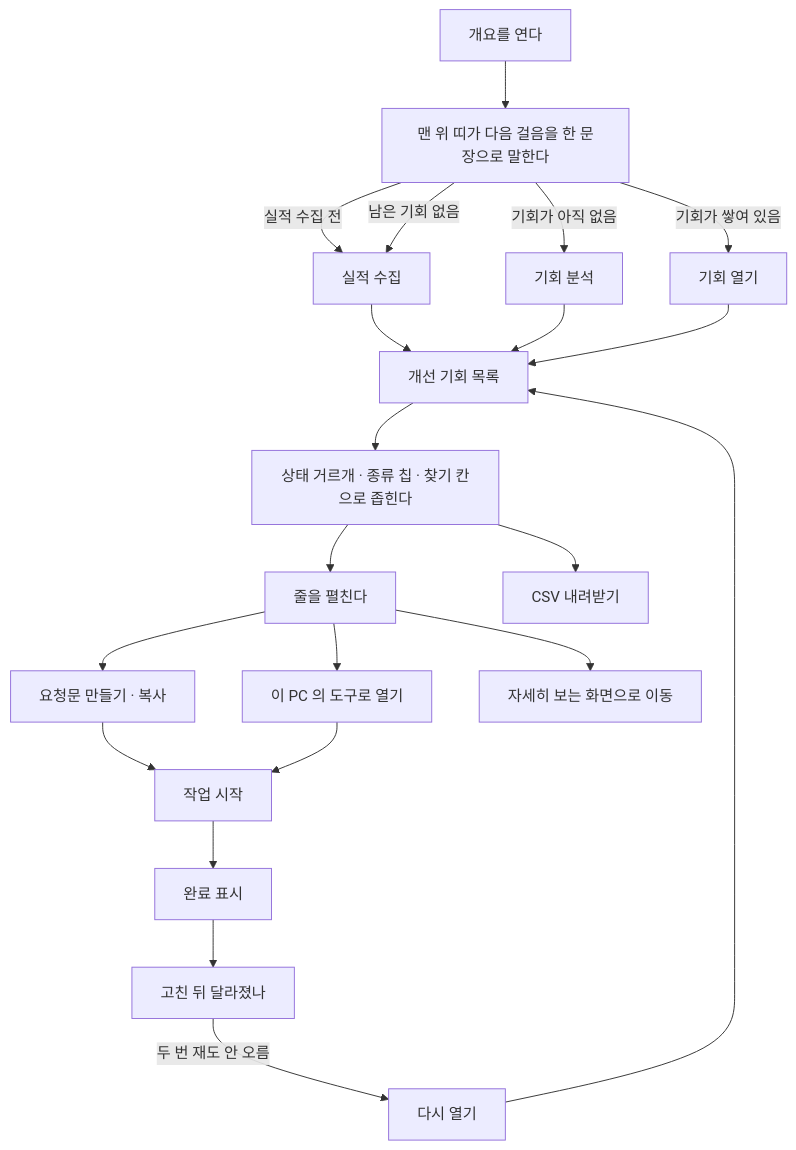
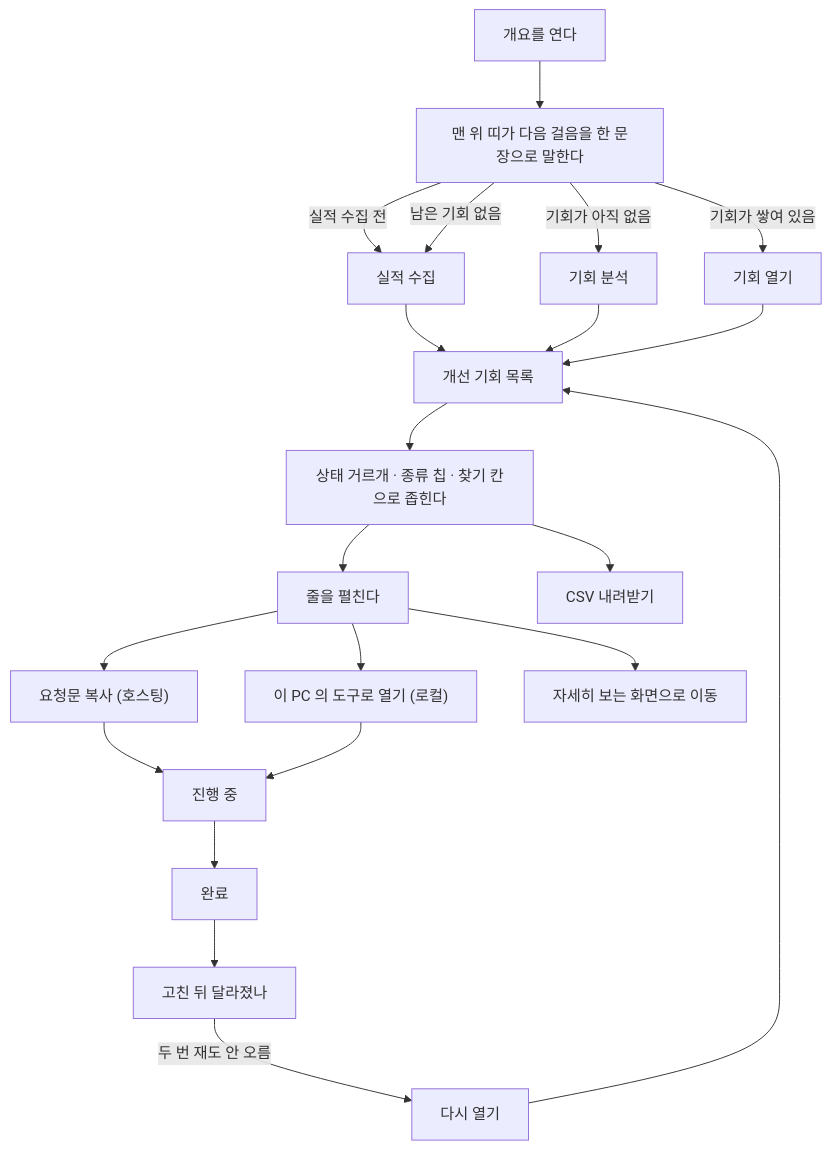
One commit to seanjr2847/seo-miner changed the diagram in docs/screens/overview.md. Above: the diagram before and after it, drawn with Mermaid. The commit also changed other lines of this file and 21 other files, not shown here.

````diff
--- a/docs/screens/overview.md
+++ b/docs/screens/overview.md
@@ -98,23 +100,23 @@
 ```mermaid
 flowchart TD
   A["개요를 연다"] --> B["맨 위 띠가 다음 걸음을 한 문장으로 말한다"]
   B -->|"실적 수집 전"| C["실적 수집"]
   B -->|"기회가 아직 없음"| D["기회 분석"]
   B -->|"남은 기회 없음"| C
   B -->|"기회가 쌓여 있음"| E["기회 열기"]
   C --> F["개선 기회 목록"]
   D --> F
   E --> F
   F --> G["상태 거르개 · 종류 칩 · 찾기 칸으로 좁힌다"]
   G --> H["줄을 펼친다"]
-  H --> I["요청문 만들기 · 복사"]
-  H --> J["이 PC 의 도구로 열기"]
+  H --> I["요청문 복사 (호스팅)"]
+  H --> J["이 PC 의 도구로 열기 (로컬)"]
   H --> K["자세히 보는 화면으로 이동"]
-  I --> L["작업 시작"]
+  I --> L["진행 중"]
   J --> L
-  L --> M["완료 표시"]
+  L --> M["완료"]
   M --> N["고친 뒤 달라졌나"]
   N -->|"두 번 재도 안 오름"| O["다시 열기"]
   O --> F
   G --> P["CSV 내려받기"]
 ```
````
